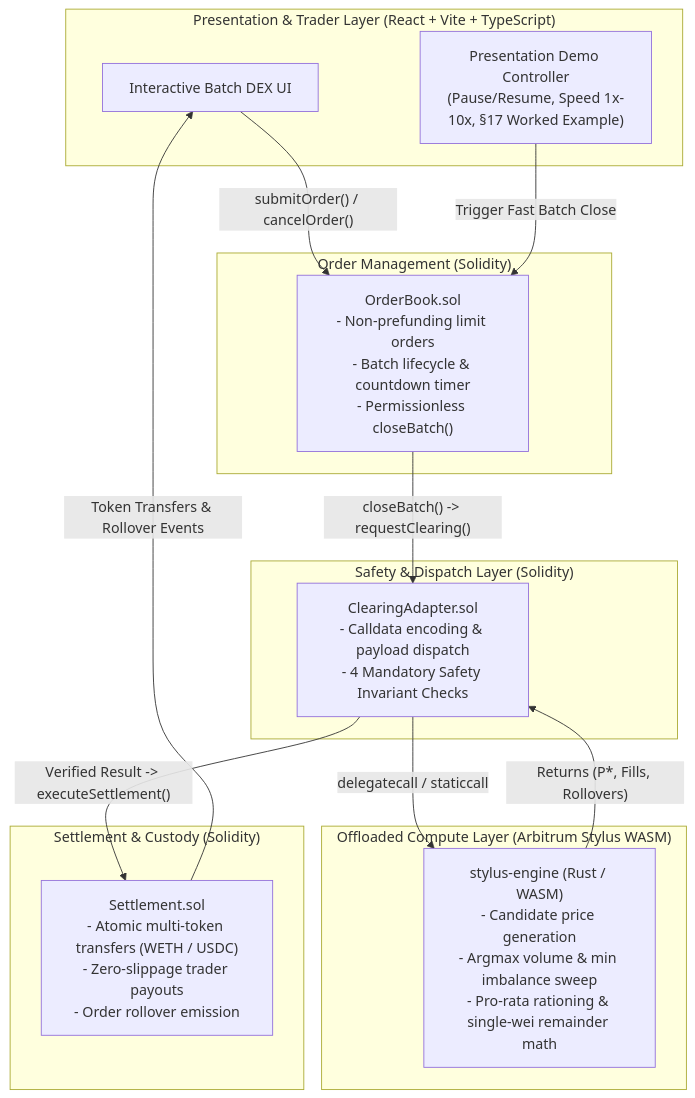
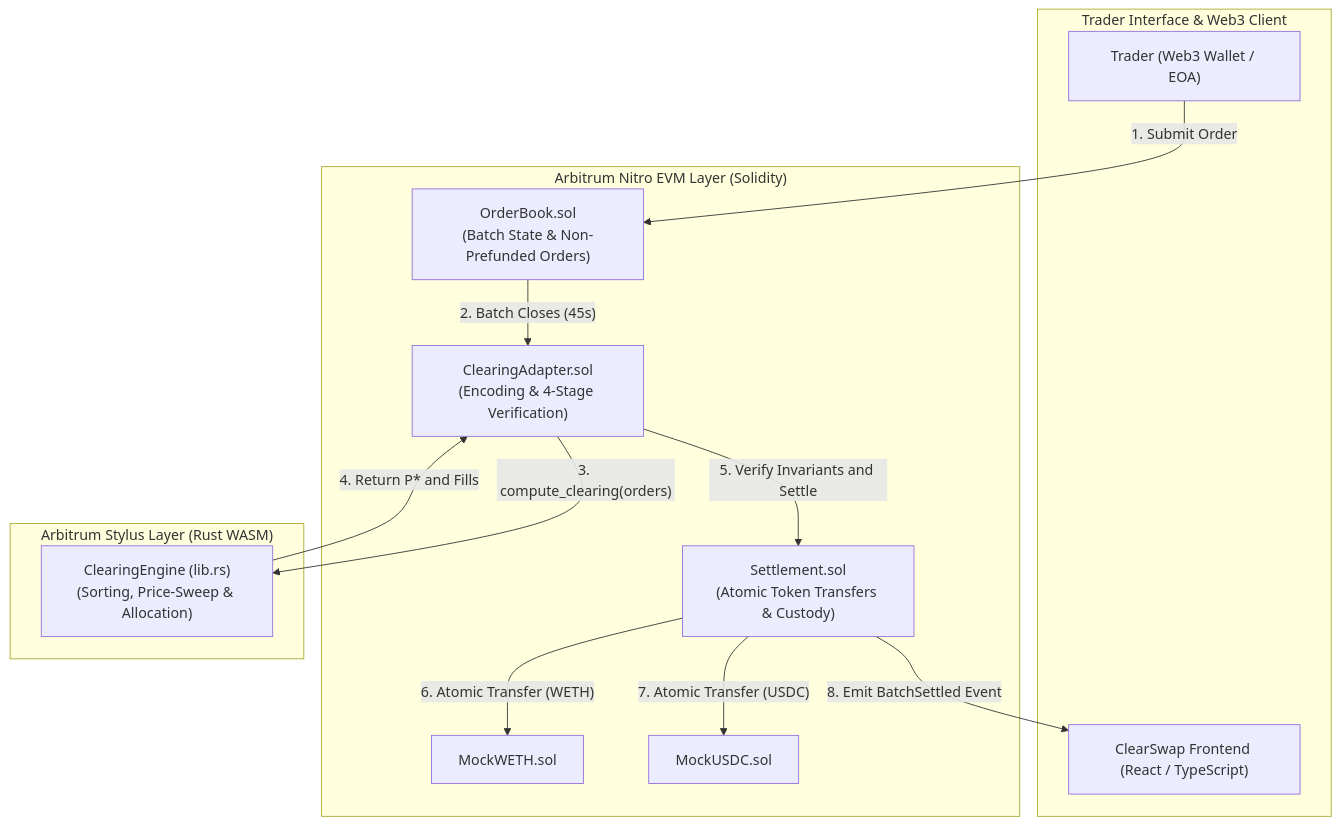
Before and after one commit to Jash-Bohare/ClearSwap: the first of 4 diagrams in README.md, drawn with Mermaid. The commit also changed other lines of this file, not shown here.

Commit message:
docs: comprehensive specification update with professional architecture and problem analysis

````diff
--- a/README.md
+++ b/README.md
@@ -186,31 +120,28 @@
 ```mermaid
-flowchart TB
-    subgraph FrontendLayer["Presentation & Trader Layer (React + Vite + TypeScript)"]
-        UI["Interactive Batch DEX UI"]
-        Controller["Presentation Demo Controller<br/>(Pause/Resume, Speed 1x-10x, §17 Worked Example)"]
+flowchart TD
+    subgraph Client["Trader Interface & Web3 Client"]
+        User["Trader (Web3 Wallet / EOA)"]
+        UI["ClearSwap Frontend (React / TypeScript)"]
     end
 
-    subgraph OrderBookLayer["Order Management (Solidity)"]
-        OB["OrderBook.sol<br/>- Non-prefunding limit orders<br/>- Batch lifecycle & countdown timer<br/>- Permissionless closeBatch()"]
+    subgraph EVM["Arbitrum Nitro EVM Layer (Solidity)"]
+        OB["OrderBook.sol<br/>(Batch State & Non-Prefunded Orders)"]
+        CA["ClearingAdapter.sol<br/>(Encoding & 4-Stage Verification)"]
+        ST["Settlement.sol<br/>(Atomic Token Transfers & Custody)"]
+        WETH["MockWETH.sol"]
+        USDC["MockUSDC.sol"]
     end
 
-    subgraph AdapterLayer["Safety & Dispatch Layer (Solidity)"]
-        CA["ClearingAdapter.sol<br/>- Calldata encoding & payload dispatch<br/>- 4 Mandatory Safety Invariant Checks"]
+    subgraph WASM["Arbitrum Stylus Layer (Rust WASM)"]
+        SE["ClearingEngine (lib.rs)<br/>(Sorting, Price-Sweep & Allocation)"]
     end
 
-    subgraph ComputeLayer["Offloaded Compute Layer (Arbitrum Stylus WASM)"]
-        Stylus["stylus-engine (Rust / WASM)<br/>- Candidate price generation<br/>- Argmax volume & min imbalance sweep<br/>- Pro-rata rationing & single-wei remainder math"]
-    end
-
-    subgraph SettlementLayer["Settlement & Custody (Solidity)"]
-        ST["Settlement.sol<br/>- Atomic multi-token transfers (WETH / USDC)<br/>- Zero-slippage trader payouts<br/>- Order rollover emission"]
-    end
-
-    UI -->|"submitOrder() / cancelOrder()"| OB
-    Controller -->|"Trigger Fast Batch Close"| OB
-    OB -->|"closeBatch() -> requestClearing()"| CA
-    CA -->|"delegatecall / staticcall"| Stylus
-    Stylus -->|"Returns (P*, Fills, Rollovers)"| CA
-    CA -->|"Verified Result -> executeSettlement()"| ST
-    ST -->|"Token Transfers & Rollover Events"| UI
+    User -->|"1. Submit Order"| OB
+    OB -->|"2. Batch Closes (45s)"| CA
+    CA -->|"3. compute_clearing(orders)"| SE
+    SE -->|"4. Return P* and Fills"| CA
+    CA -->|"5. Verify Invariants and Settle"| ST
+    ST -->|"6. Atomic Transfer (WETH)"| WETH
+    ST -->|"7. Atomic Transfer (USDC)"| USDC
+    ST -->|"8. Emit BatchSettled Event"| UI
 ```
````
